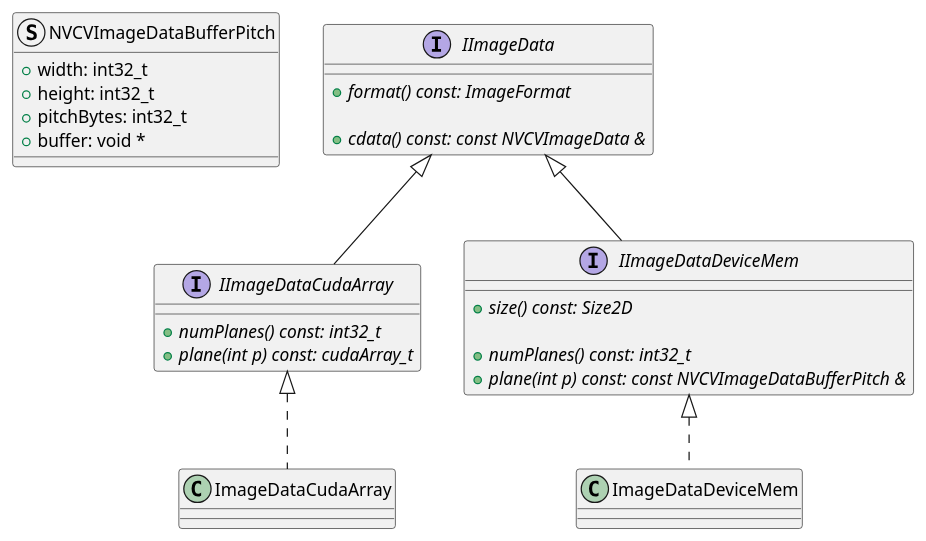
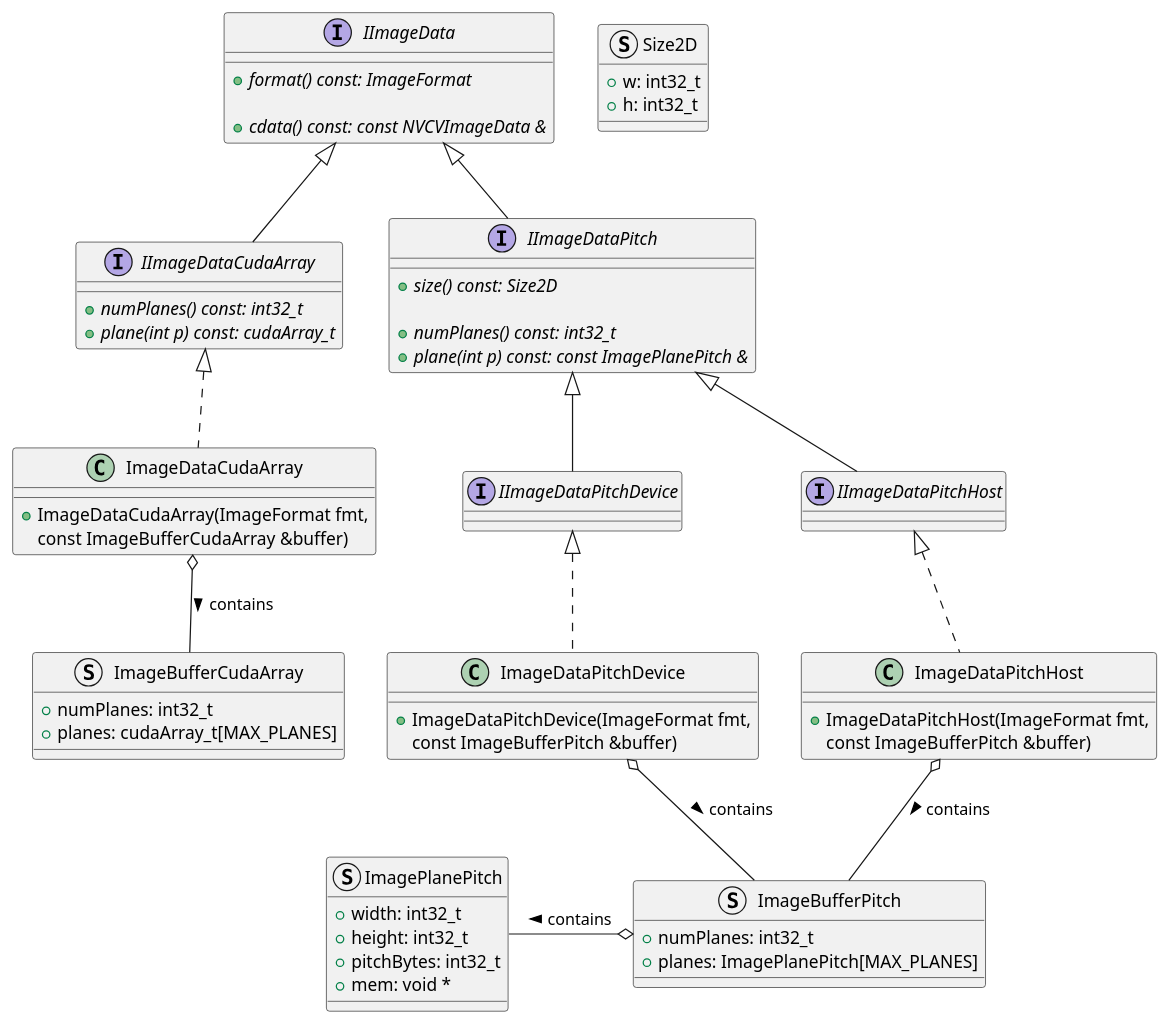
Before and after one commit to JanuszL/CV-CUDA: the diagram in docs/design/image_data_classes.puml, drawn with PlantUML. The commit also changed 1 other file, not shown here.

Commit message:
docs(image): update class diagrams with what's implemented
CVCUDA-212

```diff
--- a/docs/design/image_data_classes.puml
+++ b/docs/design/image_data_classes.puml
@@ -13,40 +13,82 @@
 @startuml
-
-struct NVCVImageDataBufferPitch
-{
-    + width: int32_t
-    + height: int32_t
-    + pitchBytes: int32_t
-    + buffer: void *
-}
 
 interface IImageData
 {
     + {abstract} format() const: ImageFormat
 
     + {abstract} cdata() const: const NVCVImageData &
 }
 
 interface IImageDataCudaArray extends IImageData
 {
     + {abstract} numPlanes() const: int32_t
     + {abstract} plane(int p) const: cudaArray_t
 }
 
-interface IImageDataDeviceMem extends IImageData
+struct Size2D
+{
+    + w: int32_t
+    + h: int32_t
+}
+
+struct ImagePlanePitch
+{
+    + width: int32_t
+    + height: int32_t
+    + pitchBytes: int32_t
+    + mem: void *
+}
+
+interface IImageDataPitch extends IImageData
 {
     + {abstract} size() const: Size2D
 
     + {abstract} numPlanes() const: int32_t
-    + {abstract} plane(int p) const: const NVCVImageDataBufferPitch &
+    + {abstract} plane(int p) const: const ImagePlanePitch &
 }
 
-class ImageDataDeviceMem implements IImageDataDeviceMem
+interface IImageDataPitchDevice implements IImageDataPitch
 {
+}
+
+interface IImageDataPitchHost implements IImageDataPitch
+{
+}
+
+struct ImageBufferCudaArray
+{
+    + numPlanes: int32_t
+    + planes: cudaArray_t[MAX_PLANES]
 }
 
 class ImageDataCudaArray implements IImageDataCudaArray
 {
+    + ImageDataCudaArray(ImageFormat fmt,
+                         const ImageBufferCudaArray &buffer)
 }
 
+struct ImageBufferPitch
+{
+    + numPlanes: int32_t
+    + planes: ImagePlanePitch[MAX_PLANES]
+}
+
+class ImageDataPitchDevice implements IImageDataPitchDevice
+{
+    + ImageDataPitchDevice(ImageFormat fmt,
+                           const ImageBufferPitch &buffer)
+}
+
+class ImageDataPitchHost implements IImageDataPitchHost
+{
+    + ImageDataPitchHost(ImageFormat fmt,
+                         const ImageBufferPitch &buffer)
+}
+
+ImageBufferPitch -up-o ImageDataPitchHost: contains <
+ImageBufferPitch -up-o ImageDataPitchDevice: contains <
+ImagePlanePitch -right-o ImageBufferPitch: contains <
+
+ImageBufferCudaArray -up-o ImageDataCudaArray: contains <
+
 @enduml
```
